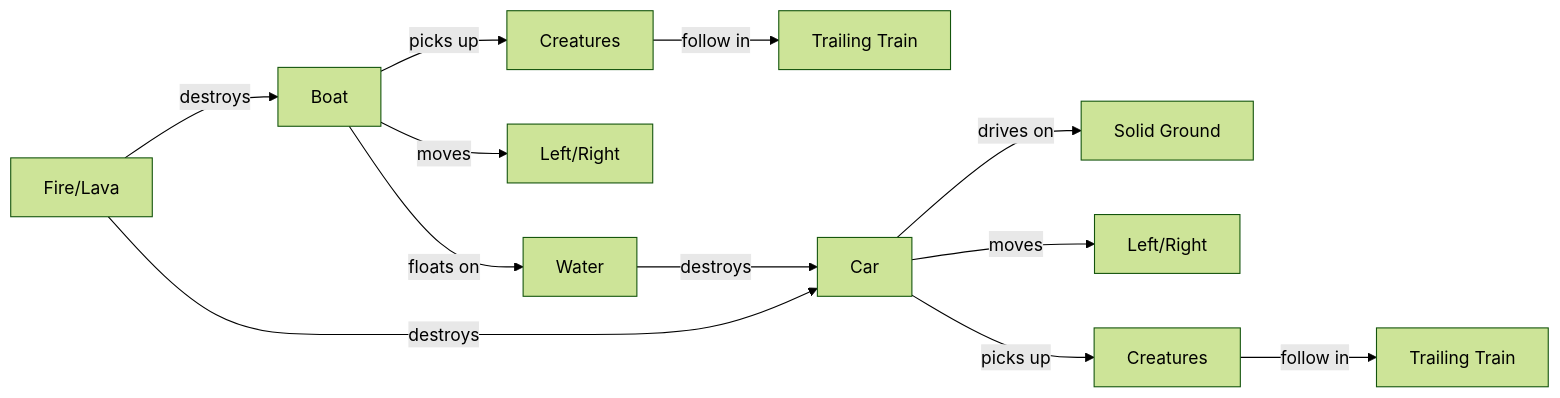
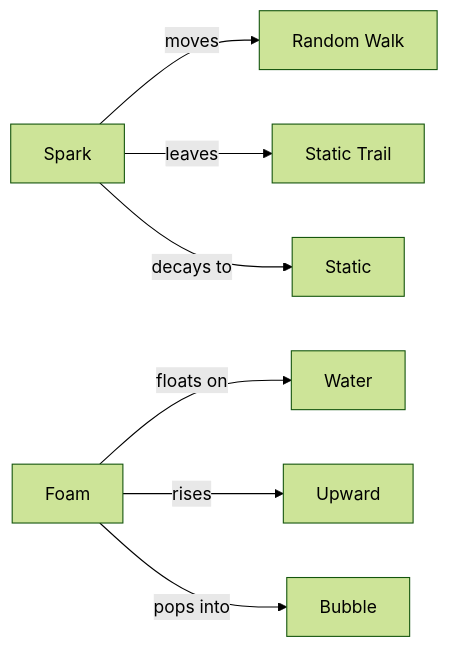
Diagram 16 of 16 in README.md (sammcgrail/clawd), drawn with Mermaid (forest theme) before and after one commit. The commit also changed other lines of this file and 10 other files, not shown here.

First line of the commit message:
Replace transport with spark/foam effect particles

````diff
--- a/README.md
+++ b/README.md
@@ -534,16 +534,10 @@
 ```mermaid
 flowchart LR
-    Boat[Boat] -->|floats on| Water[Water]
-    Boat -->|moves| LeftRight[Left/Right]
-    Boat -->|picks up| Creatures[Creatures]
-    Creatures -->|follow in| Train[Trailing Train]
+    Spark[Spark] -->|moves| Random[Random Walk]
+    Spark -->|leaves| Static[Static Trail]
+    Spark -->|decays to| Static2[Static]
 
-    Car[Car] -->|drives on| Ground[Solid Ground]
-    Car -->|moves| LeftRight2[Left/Right]
-    Car -->|picks up| Creatures2[Creatures]
-    Creatures2 -->|follow in| Train2[Trailing Train]
-
-    Fire[Fire/Lava] -->|destroys| Boat
-    Fire -->|destroys| Car
-    Water -->|destroys| Car
+    Foam[Foam] -->|floats on| Water[Water]
+    Foam -->|rises| Up[Upward]
+    Foam -->|pops into| Bubble[Bubble]
 ```
````
